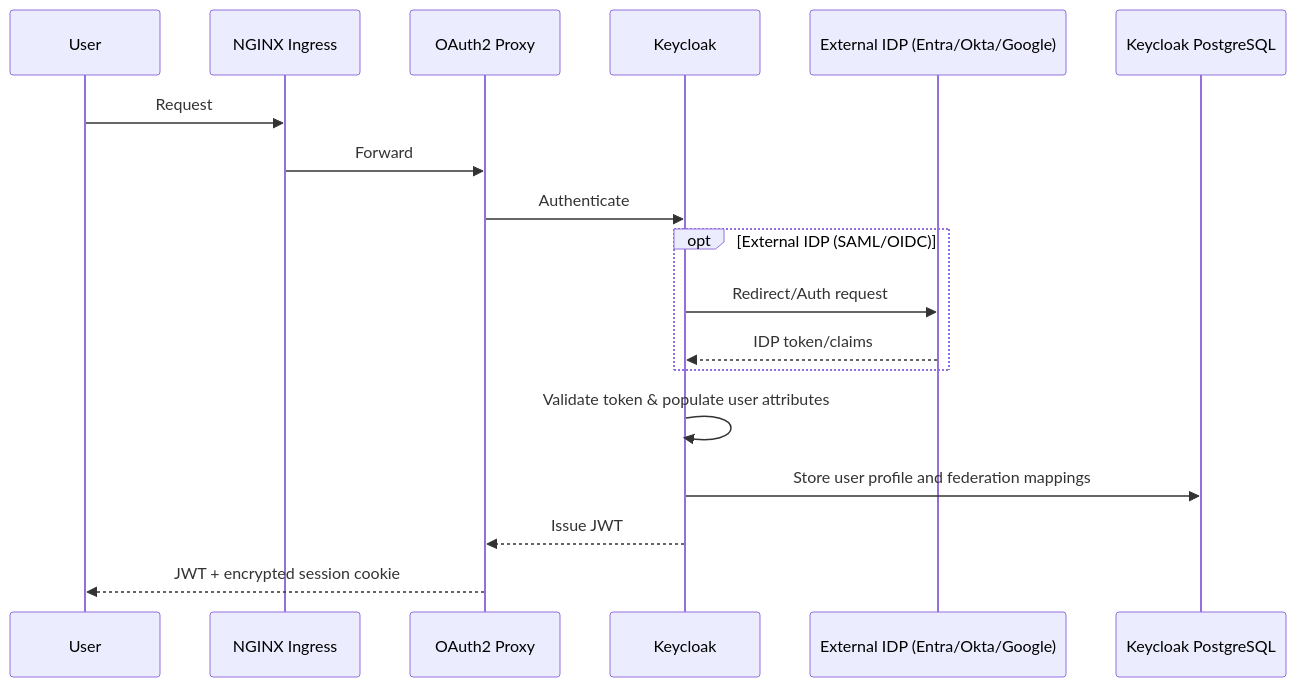
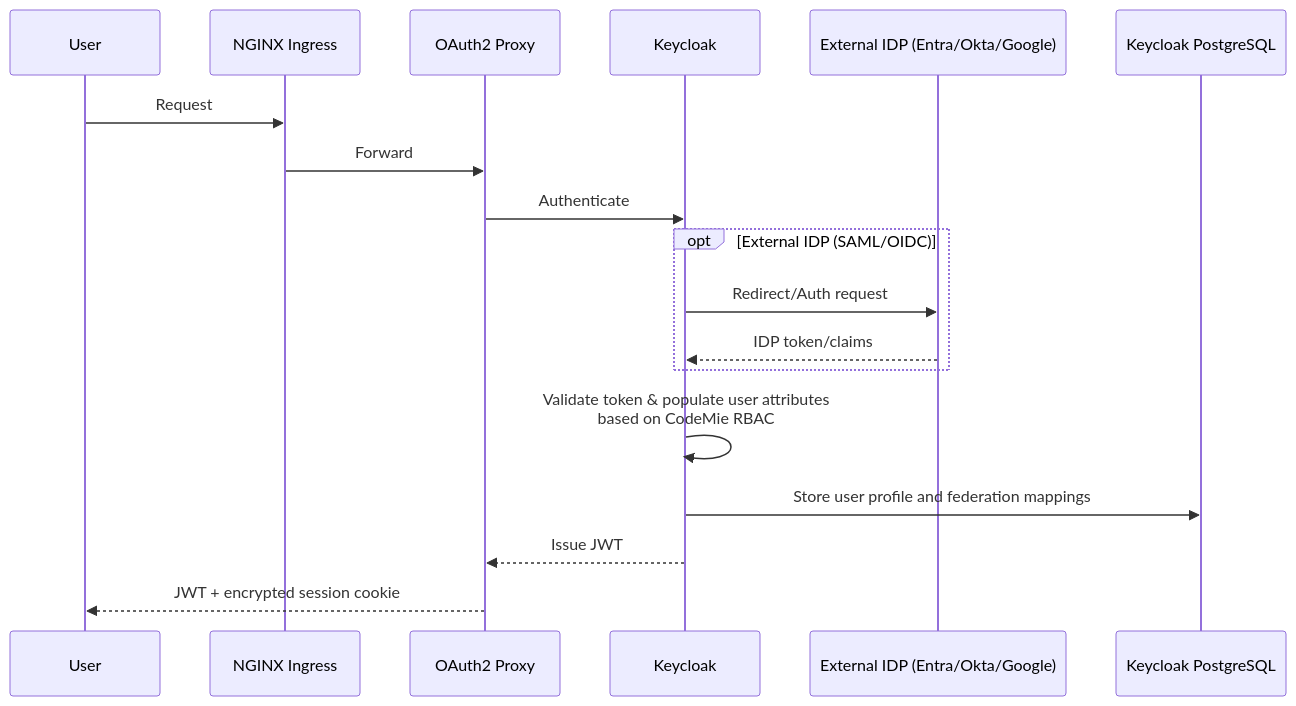
One commit to codemie-ai/docs changed the first of 4 diagrams in docs/admin/security/data-processing-storage.md. Above: the diagram before and after it, drawn with Mermaid. The commit also changed other lines of this file, not shown here.

Commit message:
docs: update the second part of the doc except the last diagram and table

````diff
--- a/docs/admin/security/data-processing-storage.md
+++ b/docs/admin/security/data-processing-storage.md
@@ -83,21 +87,21 @@
 ```mermaid
 sequenceDiagram
   participant User
   participant NGINX as NGINX Ingress
   participant OAuth as OAuth2 Proxy
   participant Keycloak
   participant IDP as External IDP (Entra/Okta/Google)
   participant KCDB as Keycloak PostgreSQL
 
   User->>NGINX: Request
   NGINX->>OAuth: Forward
   OAuth->>Keycloak: Authenticate
   opt External IDP (SAML/OIDC)
     Keycloak->>IDP: Redirect/Auth request
     IDP-->>Keycloak: IDP token/claims
   end
-  Keycloak->>Keycloak: Validate token & populate user attributes
+  Keycloak->>Keycloak: Validate token & populate user attributes<br/>based on CodeMie RBAC
   Keycloak->>KCDB: Store user profile and federation mappings
   Keycloak-->>OAuth: Issue JWT
   OAuth-->>User: JWT + encrypted session cookie
 ```
````
